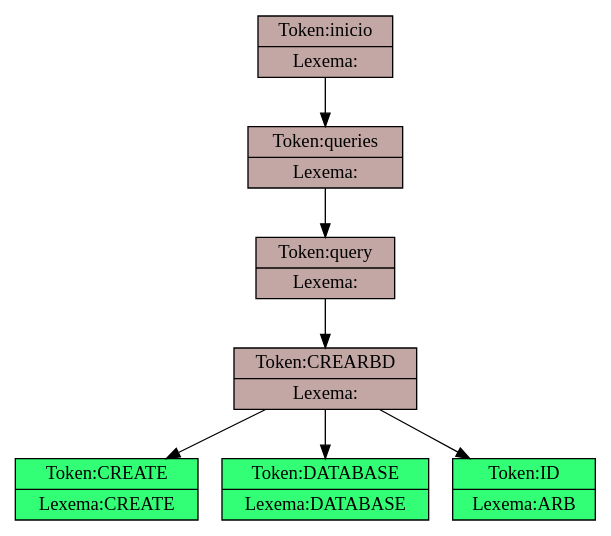
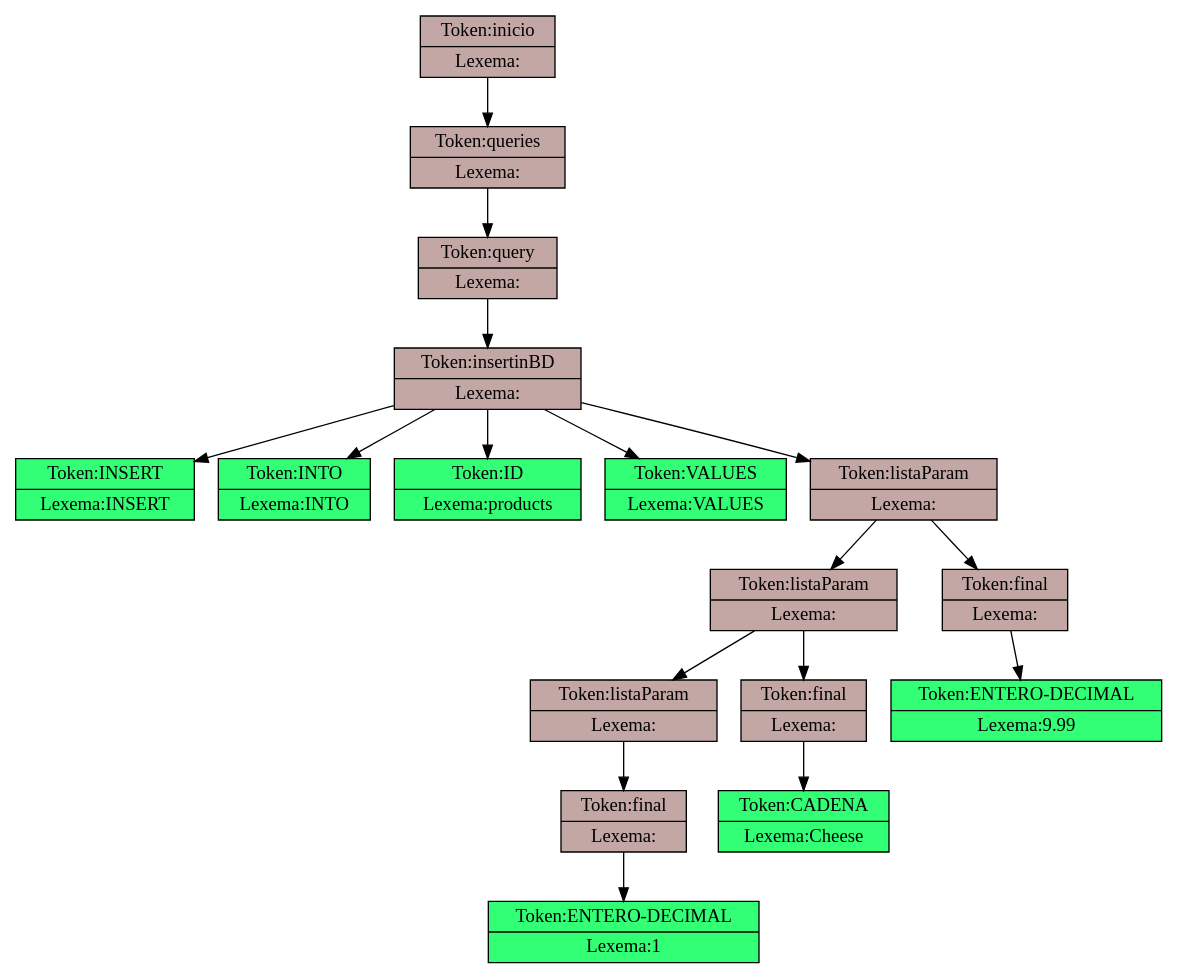
Before and after one commit to tytusdb/tytusdb: the diagram in parser/team06/ast.dot, drawn with Graphviz. The commit also changed 7 other files, not shown here.

```diff
--- a/parser/team06/ast.dot
+++ b/parser/team06/ast.dot
@@ -1,16 +1,36 @@
 digraph d {
-nodo205751272 [shape=record,style=filled,fillcolor="#C3A7A4",label="{Token:inicio|Lexema:}"];
-nodo205750840 [shape=record,style=filled,fillcolor="#C3A7A4",label="{Token:queries|Lexema:}"];
-nodo205751056 [shape=record,style=filled,fillcolor="#C3A7A4",label="{Token:query|Lexema:}"];
-nodo205751080 [shape=record,style=filled,fillcolor="#C3A7A4",label="{Token:CREARBD|Lexema:}"];
-nodo205751128 [shape=record,style=filled,fillcolor="#33FF76",label="{Token:CREATE|Lexema:CREATE}"];
-nodo205751080 -> nodo205751128;
-nodo205751176 [shape=record,style=filled,fillcolor="#33FF76",label="{Token:DATABASE|Lexema:DATABASE}"];
-nodo205751080 -> nodo205751176;
-nodo205751224 [shape=record,style=filled,fillcolor="#33FF76",label="{Token:ID|Lexema:ARB}"];
-nodo205751080 -> nodo205751224;
-nodo205751056 -> nodo205751080;
-nodo205750840 -> nodo205751056;
-nodo205751272 -> nodo205750840;
+nodo2613722111472 [shape=record,style=filled,fillcolor="#C3A7A4",label="{Token:inicio|Lexema:}"];
+nodo2613722110992 [shape=record,style=filled,fillcolor="#C3A7A4",label="{Token:queries|Lexema:}"];
+nodo2613722110032 [shape=record,style=filled,fillcolor="#C3A7A4",label="{Token:query|Lexema:}"];
+nodo2613722110608 [shape=record,style=filled,fillcolor="#C3A7A4",label="{Token:insertinBD|Lexema:}"];
+nodo2613722110368 [shape=record,style=filled,fillcolor="#33FF76",label="{Token:INSERT|Lexema:INSERT}"];
+nodo2613722110608 -> nodo2613722110368;
+nodo2613722110704 [shape=record,style=filled,fillcolor="#33FF76",label="{Token:INTO|Lexema:INTO}"];
+nodo2613722110608 -> nodo2613722110704;
+nodo2613722111280 [shape=record,style=filled,fillcolor="#33FF76",label="{Token:ID|Lexema:products}"];
+nodo2613722110608 -> nodo2613722111280;
+nodo2613722111376 [shape=record,style=filled,fillcolor="#33FF76",label="{Token:VALUES|Lexema:VALUES}"];
+nodo2613722110608 -> nodo2613722111376;
+nodo2613722110752 [shape=record,style=filled,fillcolor="#C3A7A4",label="{Token:listaParam|Lexema:}"];
+nodo2613722110272 [shape=record,style=filled,fillcolor="#C3A7A4",label="{Token:listaParam|Lexema:}"];
+nodo2613722109072 [shape=record,style=filled,fillcolor="#C3A7A4",label="{Token:listaParam|Lexema:}"];
+nodo2613722109840 [shape=record,style=filled,fillcolor="#C3A7A4",label="{Token:final|Lexema:}"];
+nodo2613722109168 [shape=record,style=filled,fillcolor="#33FF76",label="{Token:ENTERO-DECIMAL|Lexema:1}"];
+nodo2613722109840 -> nodo2613722109168;
+nodo2613722109072 -> nodo2613722109840;
+nodo2613722110272 -> nodo2613722109072;
+nodo2613722109696 [shape=record,style=filled,fillcolor="#C3A7A4",label="{Token:final|Lexema:}"];
+nodo2613722110512 [shape=record,style=filled,fillcolor="#33FF76",label="{Token:CADENA|Lexema:Cheese}"];
+nodo2613722109696 -> nodo2613722110512;
+nodo2613722110272 -> nodo2613722109696;
+nodo2613722110752 -> nodo2613722110272;
+nodo2613722110128 [shape=record,style=filled,fillcolor="#C3A7A4",label="{Token:final|Lexema:}"];
+nodo2613722109264 [shape=record,style=filled,fillcolor="#33FF76",label="{Token:ENTERO-DECIMAL|Lexema:9.99}"];
+nodo2613722110128 -> nodo2613722109264;
+nodo2613722110752 -> nodo2613722110128;
+nodo2613722110608 -> nodo2613722110752;
+nodo2613722110032 -> nodo2613722110608;
+nodo2613722110992 -> nodo2613722110032;
+nodo2613722111472 -> nodo2613722110992;
 
 }
```
